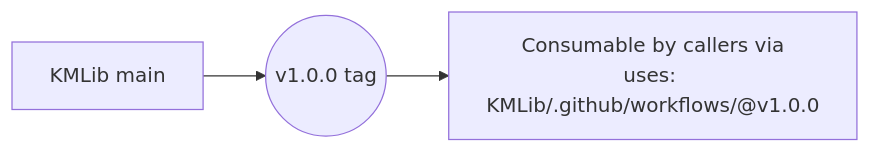
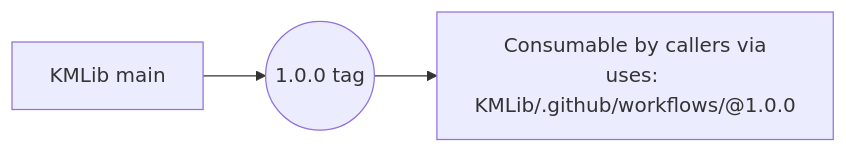
One commit to Klark-Morrigan/Starsector-Mod-KMLib changed the eighth of 9 diagrams in docs/dev/implementation/001-reusable-ci-release-workflows/plan.md. Above: the diagram before and after it, drawn with Mermaid. The commit also changed other lines of this file and 1 other file, not shown here.

````diff
--- a/docs/dev/implementation/001-reusable-ci-release-workflows/plan.md
+++ b/docs/dev/implementation/001-reusable-ci-release-workflows/plan.md
@@ -393,5 +395,5 @@
 ```mermaid
 flowchart LR
-    KMLibMain[KMLib main] --> v100((v1.0.0 tag))
-    v100 --> consumable[Consumable by callers via<br/>uses: KMLib/.github/workflows/<wf>@v1.0.0]
+    KMLibMain[KMLib main] --> v100((1.0.0 tag))
+    v100 --> consumable[Consumable by callers via<br/>uses: KMLib/.github/workflows/<wf>@1.0.0]
 ```
````
